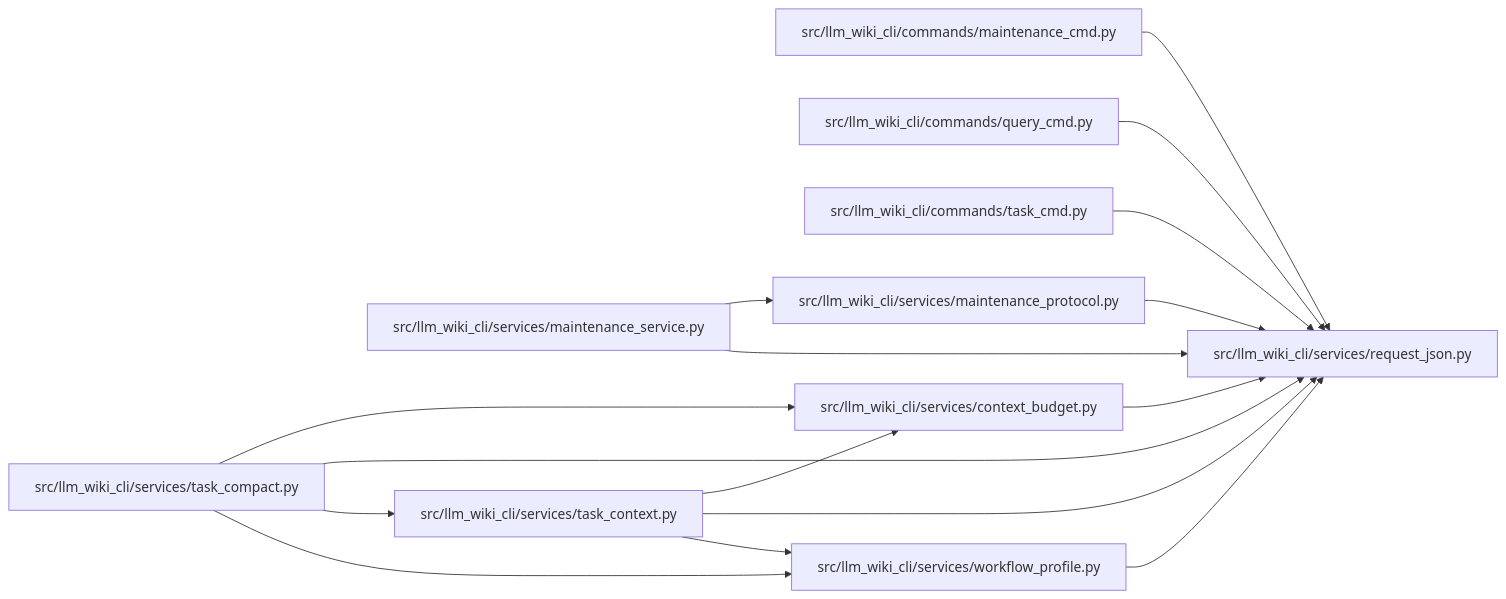
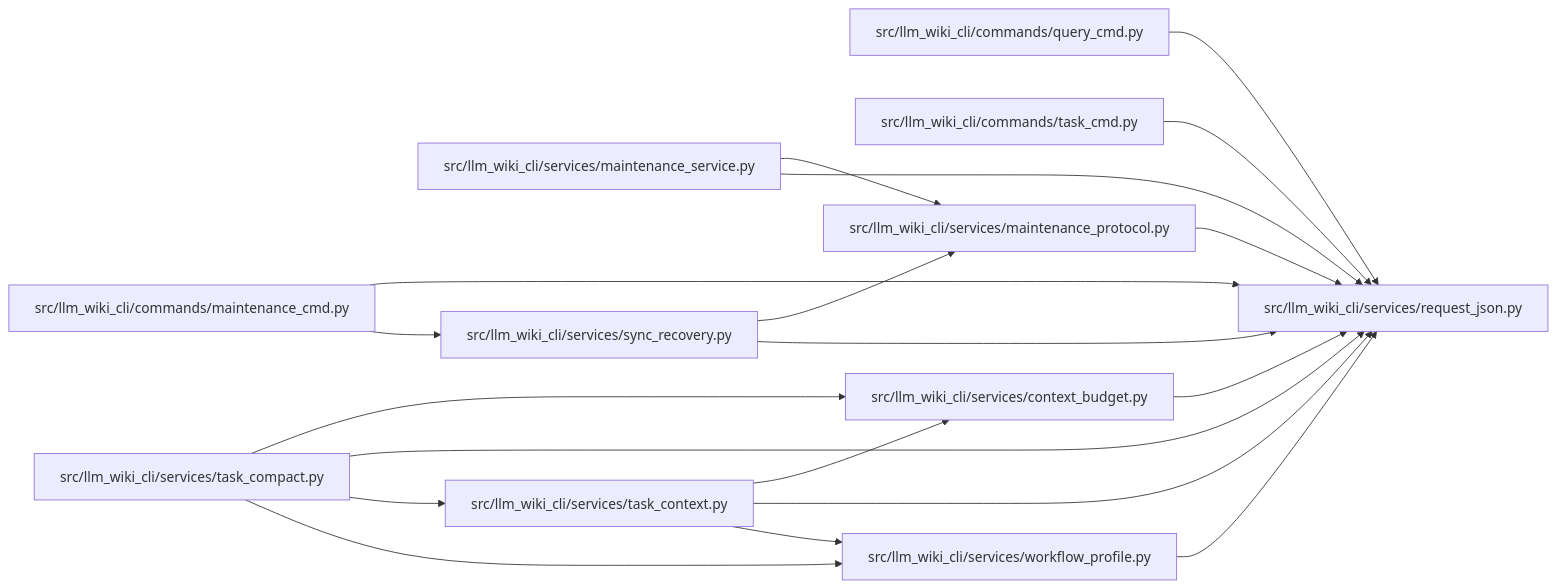
One commit to Denissvgn/python-wiki-llm changed the diagram in docs/llm_wiki/modules/request_json.md. Above: the diagram before and after it, drawn with Mermaid. The commit also changed other lines of this file and 775 other files, not shown here.

````diff
--- a/docs/llm_wiki/modules/request_json.md
+++ b/docs/llm_wiki/modules/request_json.md
@@ -22,38 +22,43 @@
 ```mermaid
 flowchart LR
     n0["src/llm_wiki_cli/commands/maintenance_cmd.py"]
     n1["src/llm_wiki_cli/commands/query_cmd.py"]
     n2["src/llm_wiki_cli/commands/task_cmd.py"]
     n3["src/llm_wiki_cli/services/context_budget.py"]
     n4["src/llm_wiki_cli/services/maintenance_protocol.py"]
     n5["src/llm_wiki_cli/services/maintenance_service.py"]
     n6["src/llm_wiki_cli/services/request_json.py"]
-    n7["src/llm_wiki_cli/services/task_compact.py"]
-    n8["src/llm_wiki_cli/services/task_context.py"]
-    n9["src/llm_wiki_cli/services/workflow_profile.py"]
+    n7["src/llm_wiki_cli/services/sync_recovery.py"]
+    n8["src/llm_wiki_cli/services/task_compact.py"]
+    n9["src/llm_wiki_cli/services/task_context.py"]
+    n10["src/llm_wiki_cli/services/workflow_profile.py"]
     n0 --> n6
+    n0 --> n7
     n1 --> n6
     n2 --> n6
     n3 --> n6
     n4 --> n6
     n5 --> n4
     n5 --> n6
-    n7 --> n3
+    n7 --> n4
     n7 --> n6
-    n7 --> n8
-    n7 --> n9
     n8 --> n3
     n8 --> n6
     n8 --> n9
+    n8 --> n10
+    n9 --> n3
     n9 --> n6
+    n9 --> n10
+    n10 --> n6
     click n0 "../modules/maintenance_cmd.md"
     click n1 "../modules/query_cmd.md"
     click n2 "../modules/task_cmd.md"
     click n3 "../modules/context_budget.md"
     click n4 "../modules/maintenance_protocol.md"
     click n5 "../modules/maintenance_service.md"
     click n6 "../modules/request_json.md"
-    click n7 "../modules/task_compact.md"
-    click n8 "../modules/task_context.md"
-    click n9 "../modules/workflow_profile.md"
+    click n7 "../modules/sync_recovery.md"
+    click n8 "../modules/task_compact.md"
+    click n9 "../modules/task_context.md"
+    click n10 "../modules/workflow_profile.md"
 ```
````
